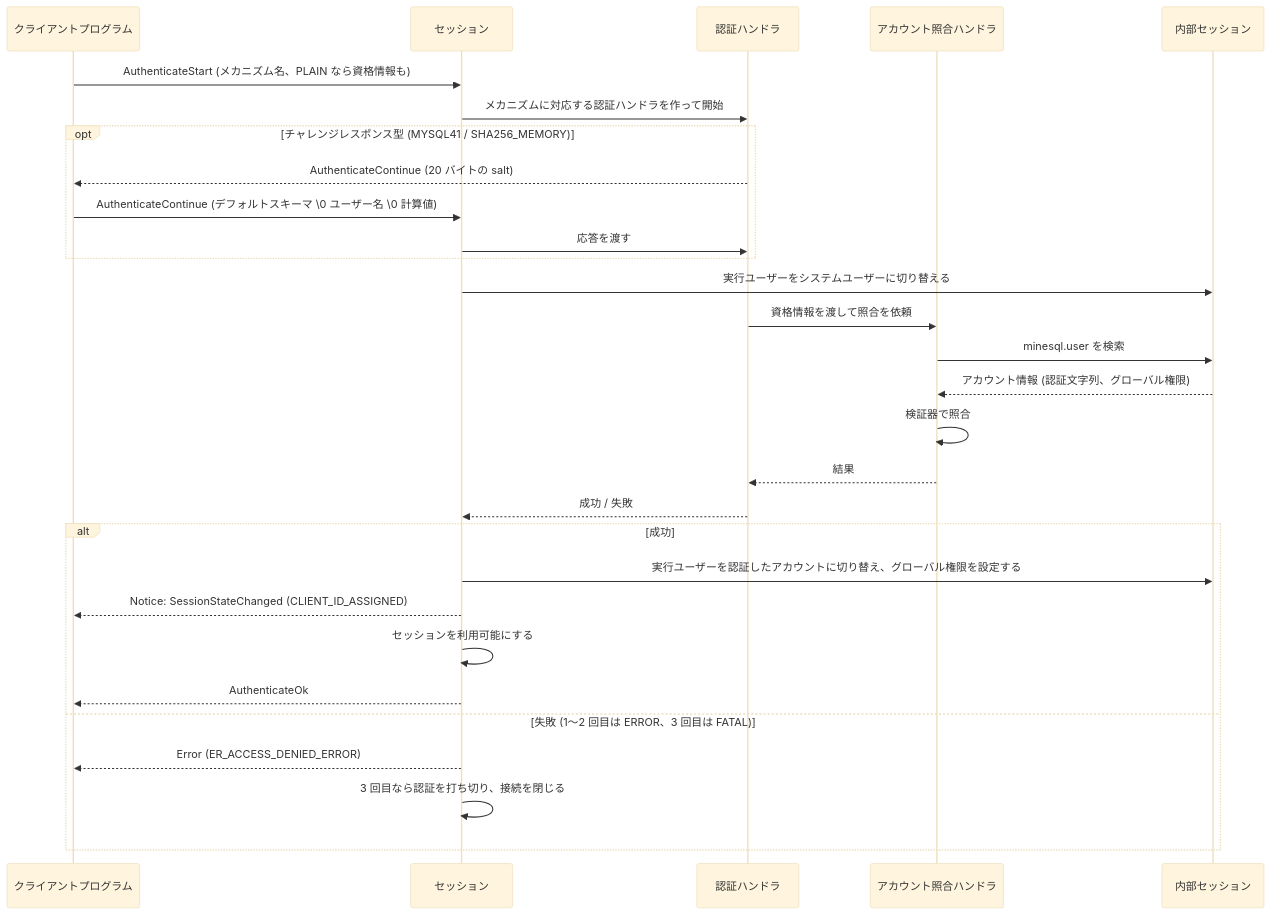
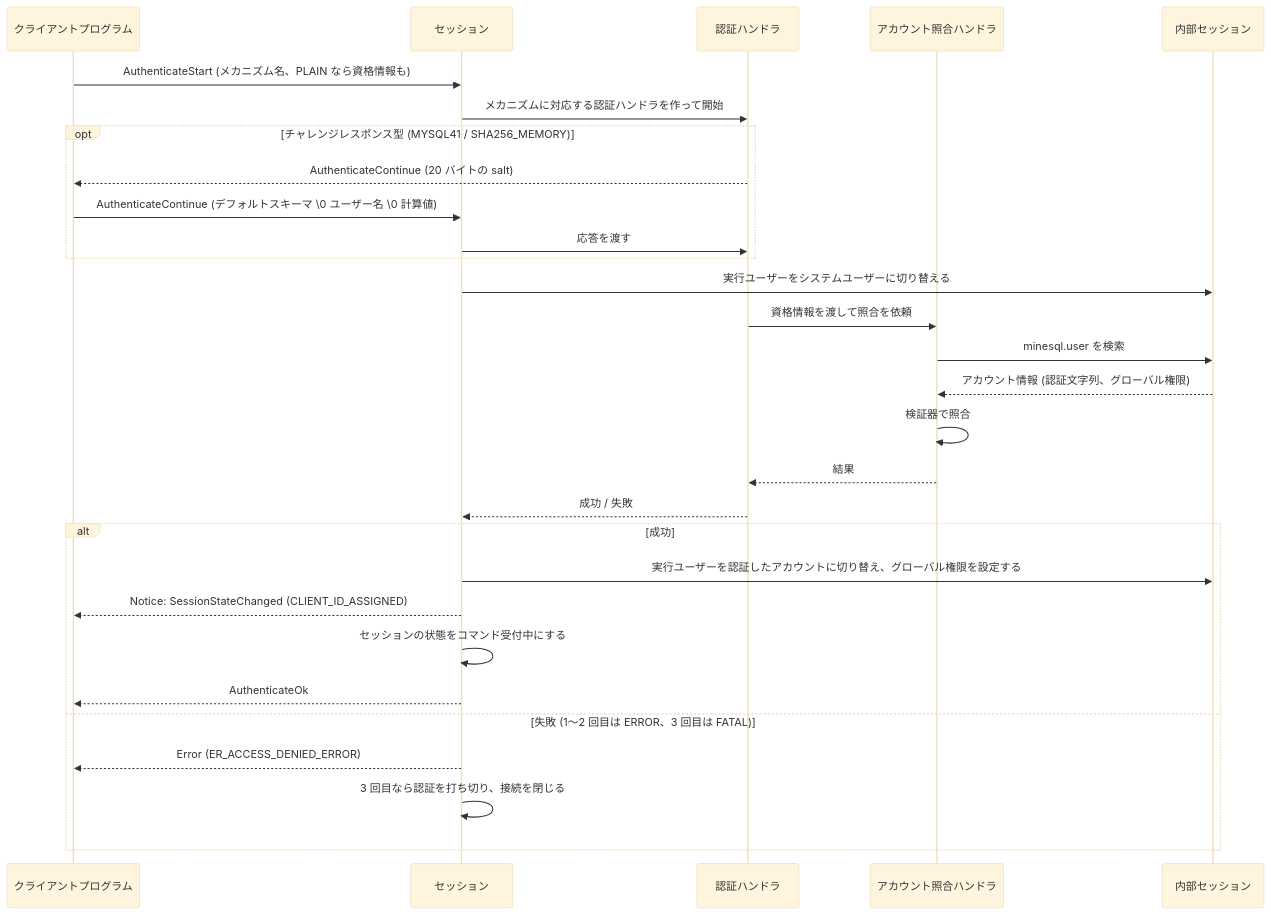
The second of 2 diagrams in docs/specification/connection/authentication.md (ren-yamanashi/minesql), drawn with Mermaid (base theme) before and after one commit. The commit also changed other lines of this file and 3 other files, not shown here.

````diff
--- a/docs/specification/connection/authentication.md
+++ b/docs/specification/connection/authentication.md
@@ -92,31 +92,31 @@
 ```mermaid
 sequenceDiagram
     participant C as クライアントプログラム
     participant S as セッション
     participant A as 認証ハンドラ
     participant V as アカウント照合ハンドラ
     participant I as 内部セッション
     C->>S: AuthenticateStart (メカニズム名、PLAIN なら資格情報も)
     S->>A: メカニズムに対応する認証ハンドラを作って開始
     opt チャレンジレスポンス型 (MYSQL41 / SHA256_MEMORY)
         A-->>C: AuthenticateContinue (20 バイトの salt)
         C->>S: AuthenticateContinue (デフォルトスキーマ \0 ユーザー名 \0 計算値)
         S->>A: 応答を渡す
     end
     S->>I: 実行ユーザーをシステムユーザーに切り替える
     A->>V: 資格情報を渡して照合を依頼
     V->>I: minesql.user を検索
     I-->>V: アカウント情報 (認証文字列、グローバル権限)
     V->>V: 検証器で照合
     V-->>A: 結果
     A-->>S: 成功 / 失敗
     alt 成功
         S->>I: 実行ユーザーを認証したアカウントに切り替え、グローバル権限を設定する
         S-->>C: Notice: SessionStateChanged (CLIENT_ID_ASSIGNED)
-        S->>S: セッションを利用可能にする
+        S->>S: セッションの状態をコマンド受付中にする
         S-->>C: AuthenticateOk
     else 失敗 (1〜2 回目は ERROR、3 回目は FATAL)
         S-->>C: Error (ER_ACCESS_DENIED_ERROR)
         S->>S: 3 回目なら認証を打ち切り、接続を閉じる
     end
 ```
````
